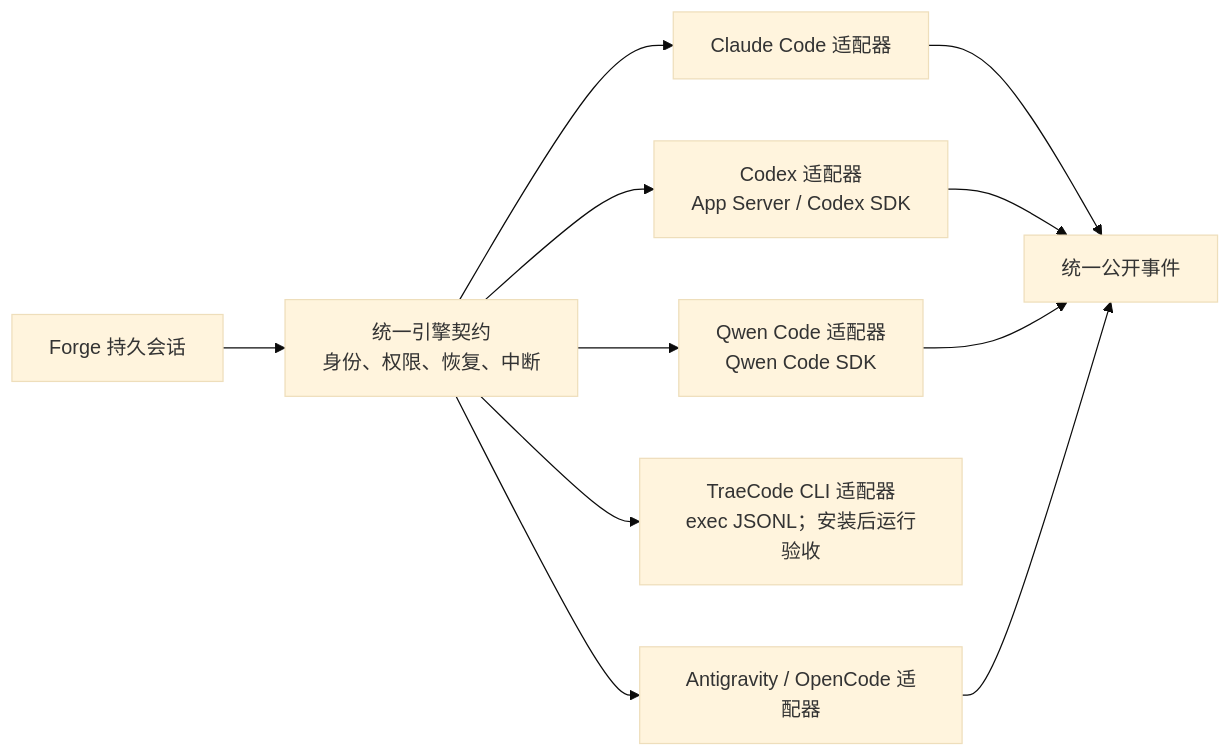
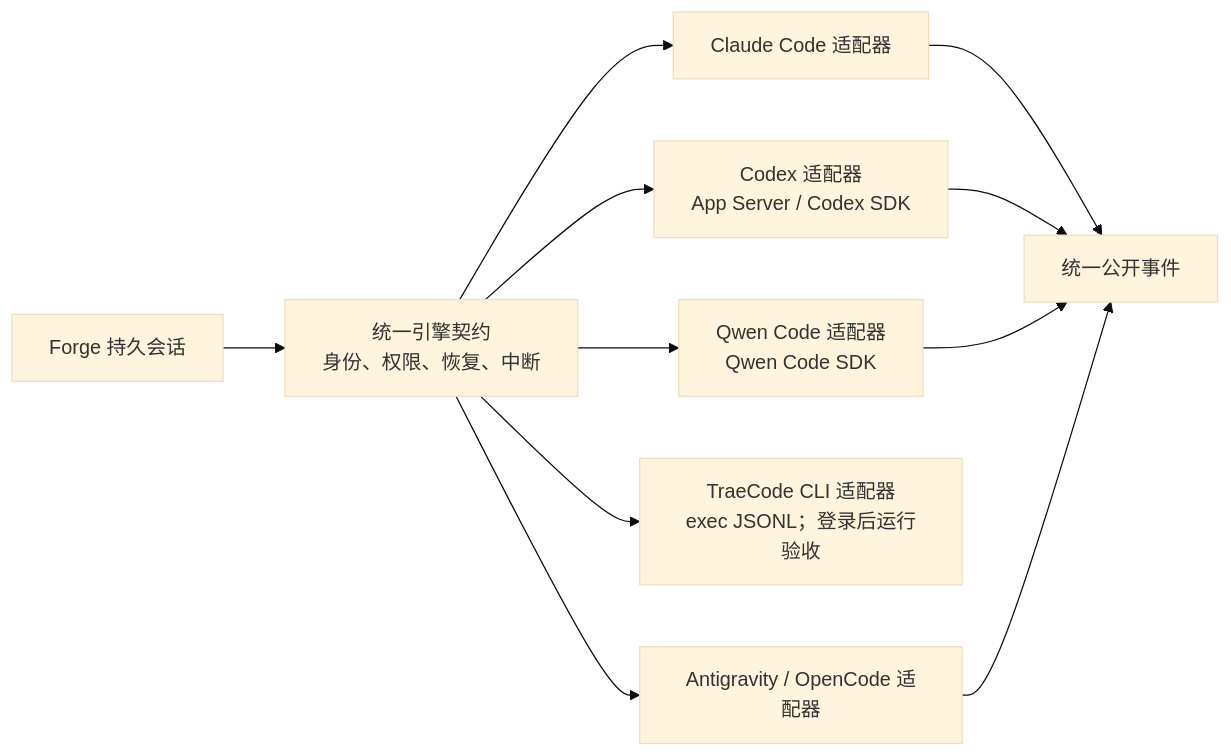
The fourth of 6 diagrams in docs/ai-coding-architecture.md (exception-coder/kai-toolbox), drawn with Mermaid (base theme) before and after one commit. The commit also changed other lines of this file and 5 other files, not shown here.

First line of the commit message:
fix(vibe-coding): 按实装 Trae CLI 修正探针与会话恢复

````diff
--- a/docs/ai-coding-architecture.md
+++ b/docs/ai-coding-architecture.md
@@ -214,13 +214,13 @@
 ```mermaid
 flowchart LR
     SESSION["Forge 持久会话"] --> CONTRACT["统一引擎契约<br/>身份、权限、恢复、中断"]
     CONTRACT --> CLAUDE["Claude Code 适配器"]
     CONTRACT --> CODEX["Codex 适配器<br/>App Server / Codex SDK"]
     CONTRACT --> QWEN["Qwen Code 适配器<br/>Qwen Code SDK"]
-    CONTRACT --> TRAE["TraeCode CLI 适配器<br/>exec JSONL；安装后运行验收"]
+    CONTRACT --> TRAE["TraeCode CLI 适配器<br/>exec JSONL；登录后运行验收"]
     CONTRACT --> OTHER["Antigravity / OpenCode 适配器"]
     CLAUDE --> EVENTS["统一公开事件"]
     CODEX --> EVENTS
     QWEN --> EVENTS
     OTHER --> EVENTS
 ```
````
